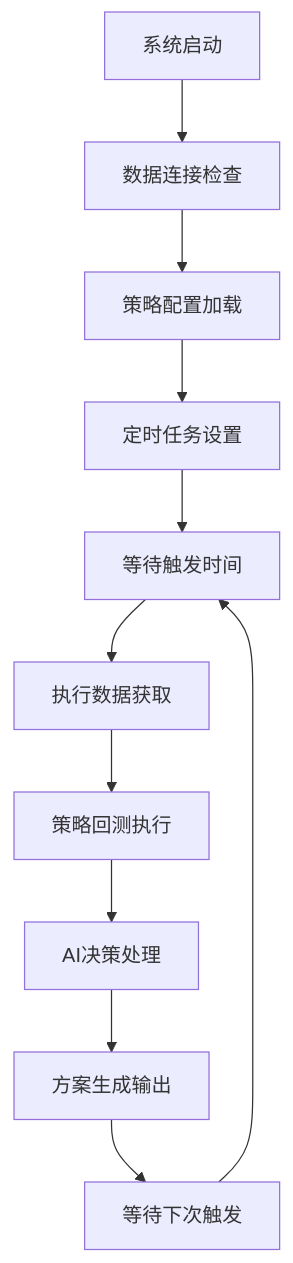
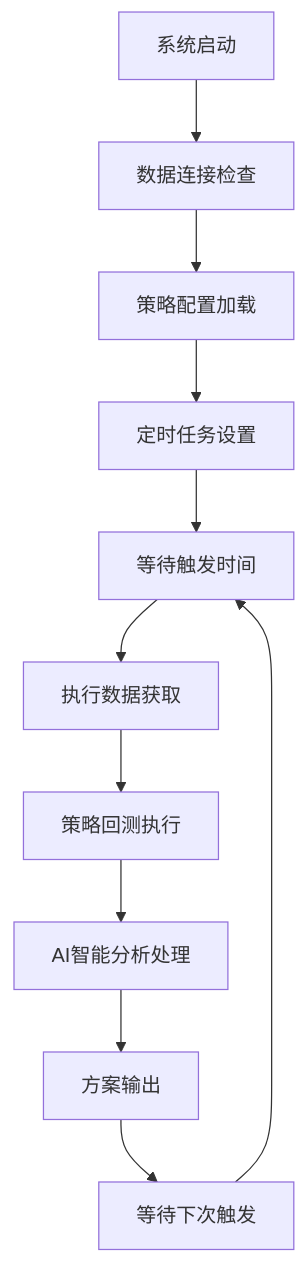
One commit to Casper-Mars/trading changed the sixth of 7 diagrams in .trae/documents/quantitative_system_prd.md. Above: the diagram before and after it, drawn with Mermaid. The commit also changed other lines of this file, not shown here.

````diff
--- a/.trae/documents/quantitative_system_prd.md
+++ b/.trae/documents/quantitative_system_prd.md
@@ -586,13 +570,13 @@
 ```mermaid
 flowchart TD
     A[系统启动] --> B[数据连接检查]
     B --> C[策略配置加载]
     C --> D[定时任务设置]
     D --> E[等待触发时间]
     E --> F[执行数据获取]
     F --> G[策略回测执行]
-    G --> H[AI决策处理]
-    H --> I[方案生成输出]
+    G --> H[AI智能分析处理]
+    H --> I[方案输出]
     I --> J[等待下次触发]
     J --> E
 ```
````
